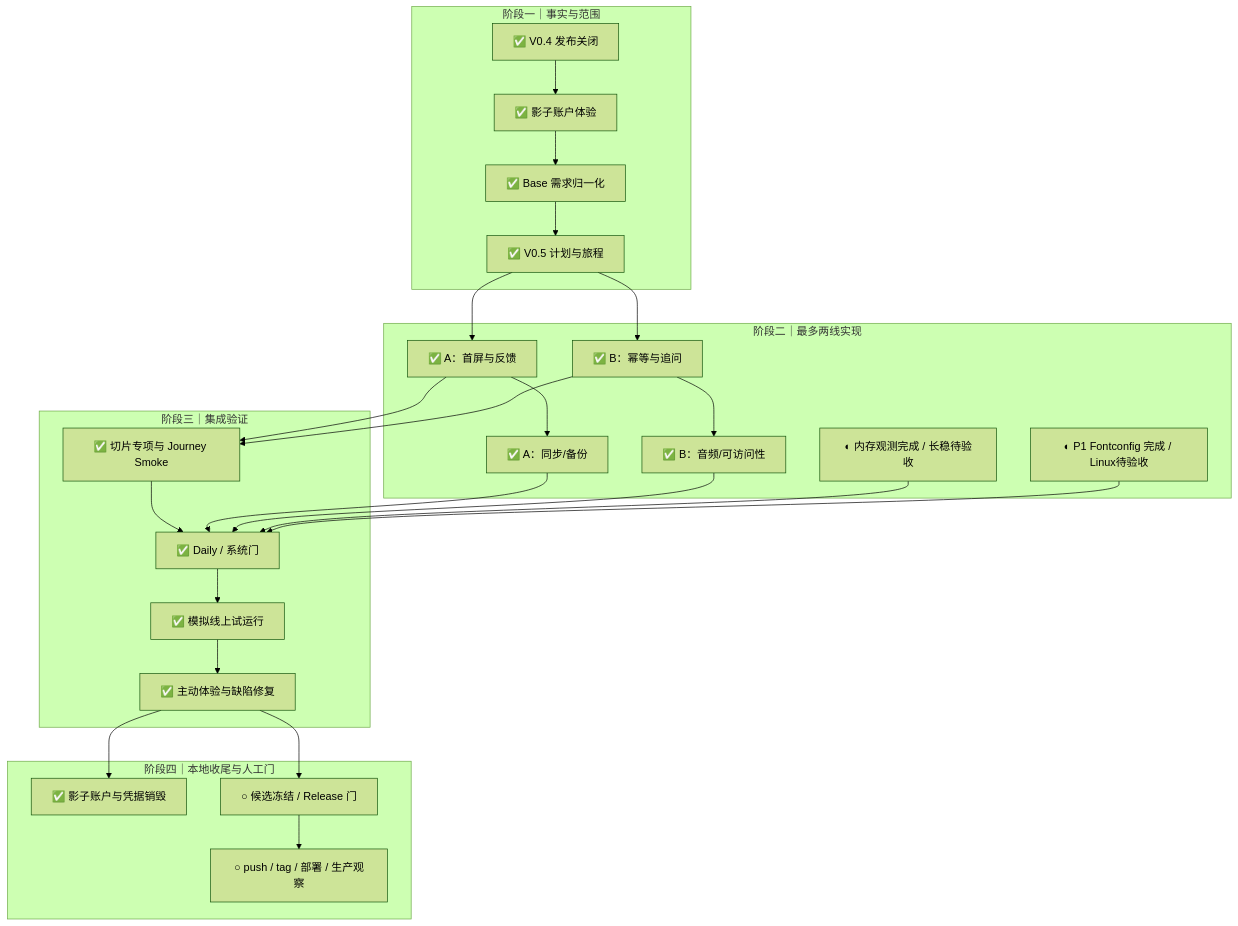
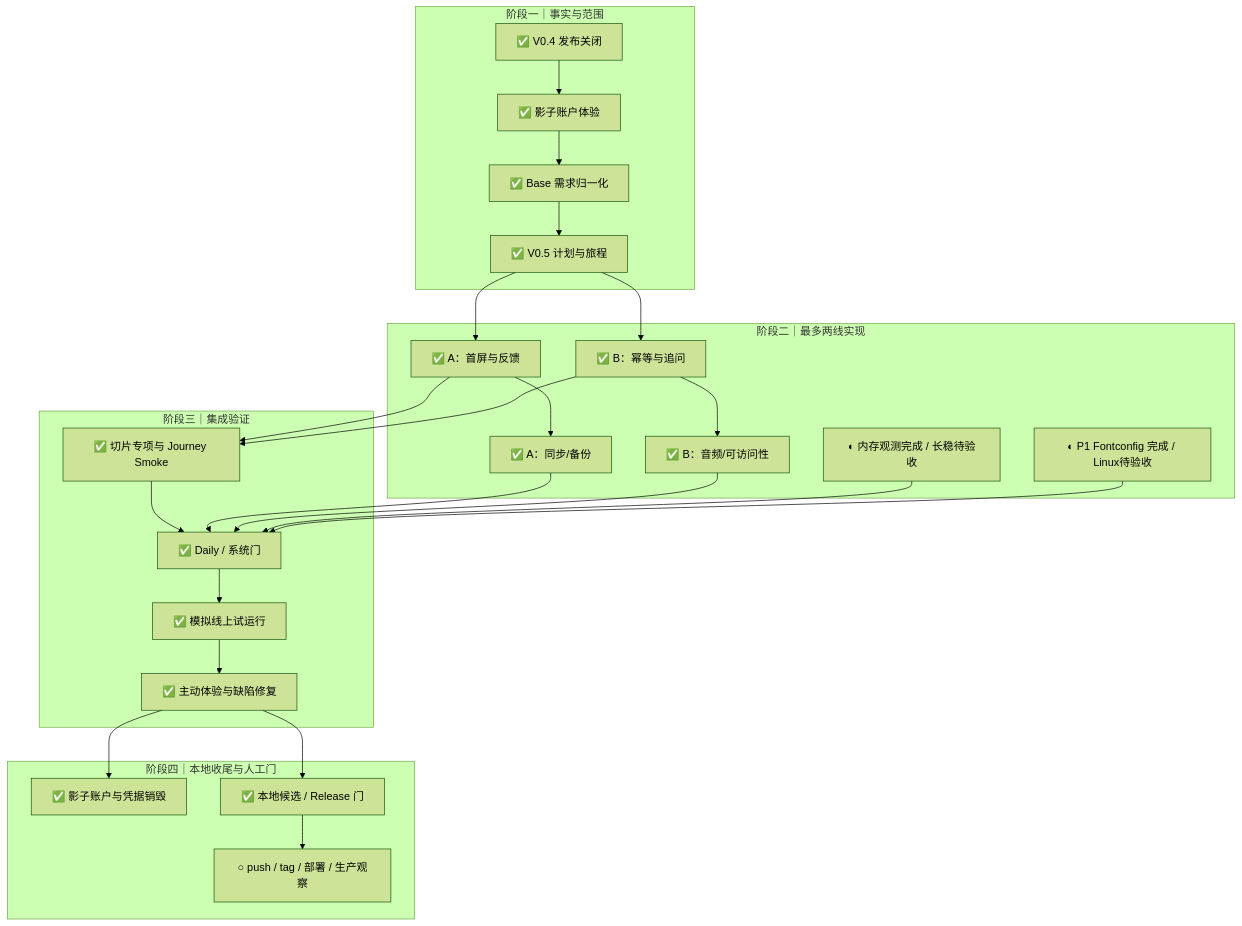
One commit to 77Liu/for-now changed the diagram in reports/iteration-plan-v0.5.0-2026-10-03.md. Above: the diagram before and after it, drawn with Mermaid (forest theme). The commit also changed other lines of this file and 3 other files, not shown here.

````diff
--- a/reports/iteration-plan-v0.5.0-2026-10-03.md
+++ b/reports/iteration-plan-v0.5.0-2026-10-03.md
@@ -197,35 +197,35 @@
 ```mermaid
 flowchart TD
   subgraph BASE["阶段一｜事实与范围"]
     A["✅ V0.4 发布关闭"] --> B["✅ 影子账户体验"]
     B --> C["✅ Base 需求归一化"]
     C --> D["✅ V0.5 计划与旅程"]
   end
   subgraph BUILD["阶段二｜最多两线实现"]
     E["✅ A：首屏与反馈"] --> F["✅ A：同步/备份"]
     G["✅ B：幂等与追问"] --> H["✅ B：音频/可访问性"]
     I["◐ 内存观测完成 / 长稳待验收"]
     Q["◐ P1 Fontconfig 完成 / Linux待验收"]
   end
   subgraph VERIFY["阶段三｜集成验证"]
     J["✅ 切片专项与 Journey Smoke"] --> K["✅ Daily / 系统门"]
     K --> L["✅ 模拟线上试运行"]
     L --> M["✅ 主动体验与缺陷修复"]
   end
   subgraph CLOSE["阶段四｜本地收尾与人工门"]
     N["✅ 影子账户与凭据销毁"]
-    O["○ 候选冻结 / Release 门"]
+    O["✅ 本地候选 / Release 门"]
     P["○ push / tag / 部署 / 生产观察"]
   end
   D --> E
   D --> G
   E --> J
   G --> J
   F --> K
   H --> K
   I --> K
   Q --> K
   M --> N
   M --> O
   O --> P
 ```
````
